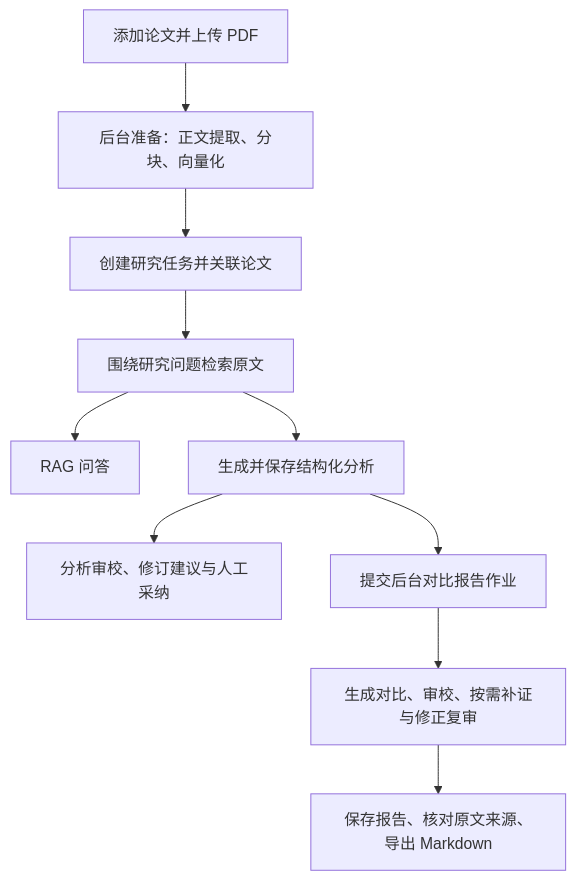
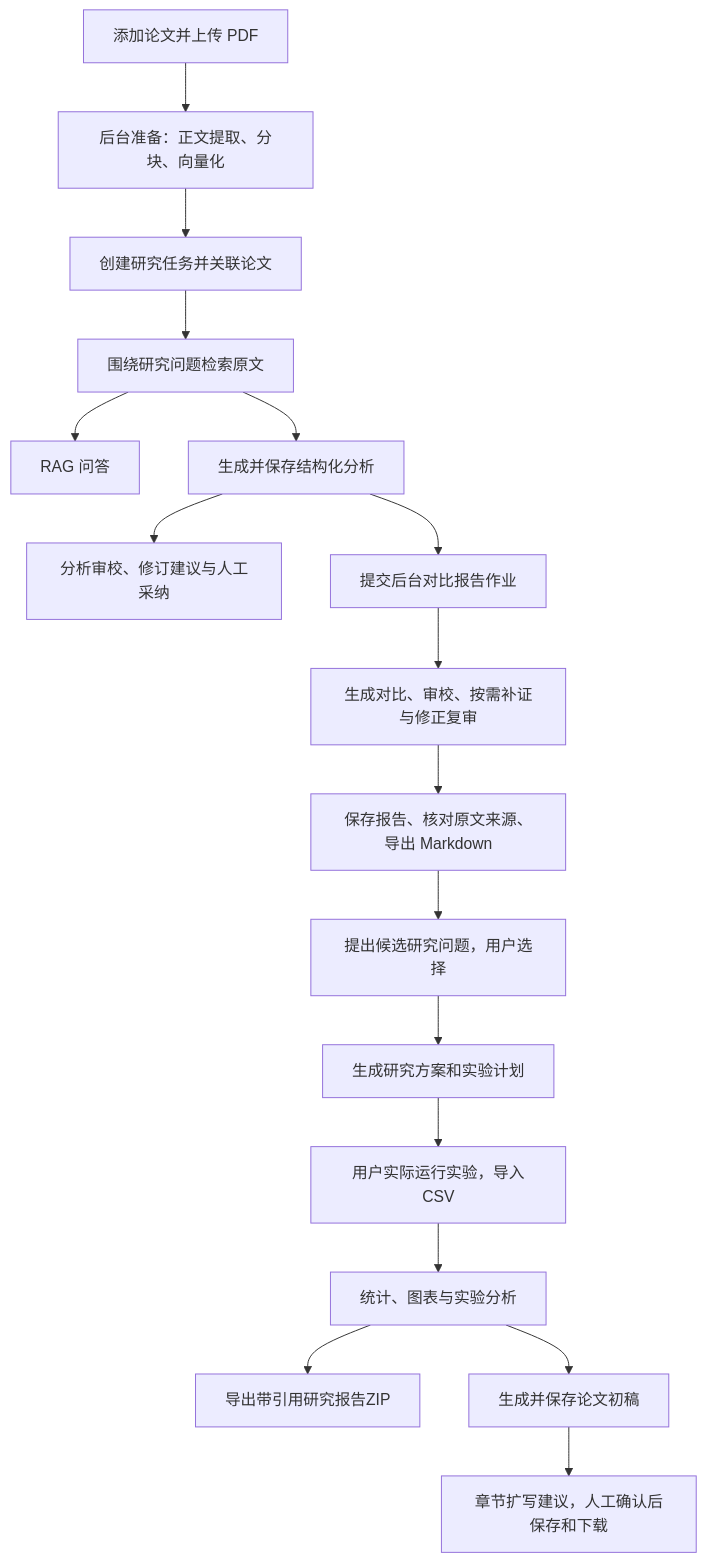
One commit to wenxulong/research-library changed the diagram in README.md. Above: the diagram before and after it, drawn with Mermaid. The commit also changed other lines of this file and 66 other files, not shown here.

````diff
--- a/README.md
+++ b/README.md
@@ -28,12 +33,19 @@
 ```mermaid
 flowchart TD
     A[添加论文并上传 PDF] --> B[后台准备：正文提取、分块、向量化]
     B --> C[创建研究任务并关联论文]
     C --> D[围绕研究问题检索原文]
     D --> E[RAG 问答]
     D --> F[生成并保存结构化分析]
     F --> G[分析审校、修订建议与人工采纳]
     F --> H[提交后台对比报告作业]
     H --> I[生成对比、审校、按需补证与修正复审]
     I --> J[保存报告、核对原文来源、导出 Markdown]
+    J --> K[提出候选研究问题，用户选择]
+    K --> L[生成研究方案和实验计划]
+    L --> M[用户实际运行实验，导入CSV]
+    M --> N[统计、图表与实验分析]
+    N --> O[导出带引用研究报告ZIP]
+    N --> P[生成并保存论文初稿]
+    P --> Q[章节扩写建议，人工确认后保存和下载]
 ```
````
